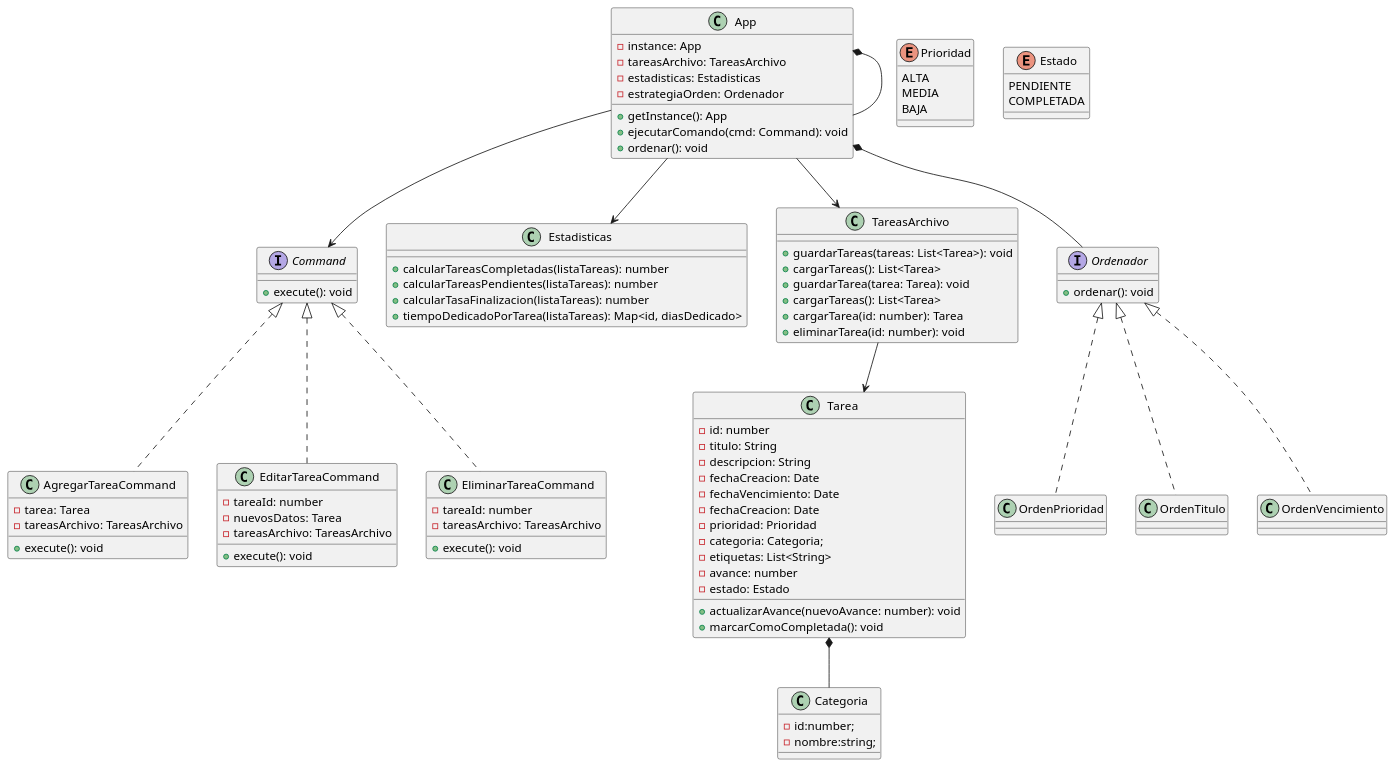
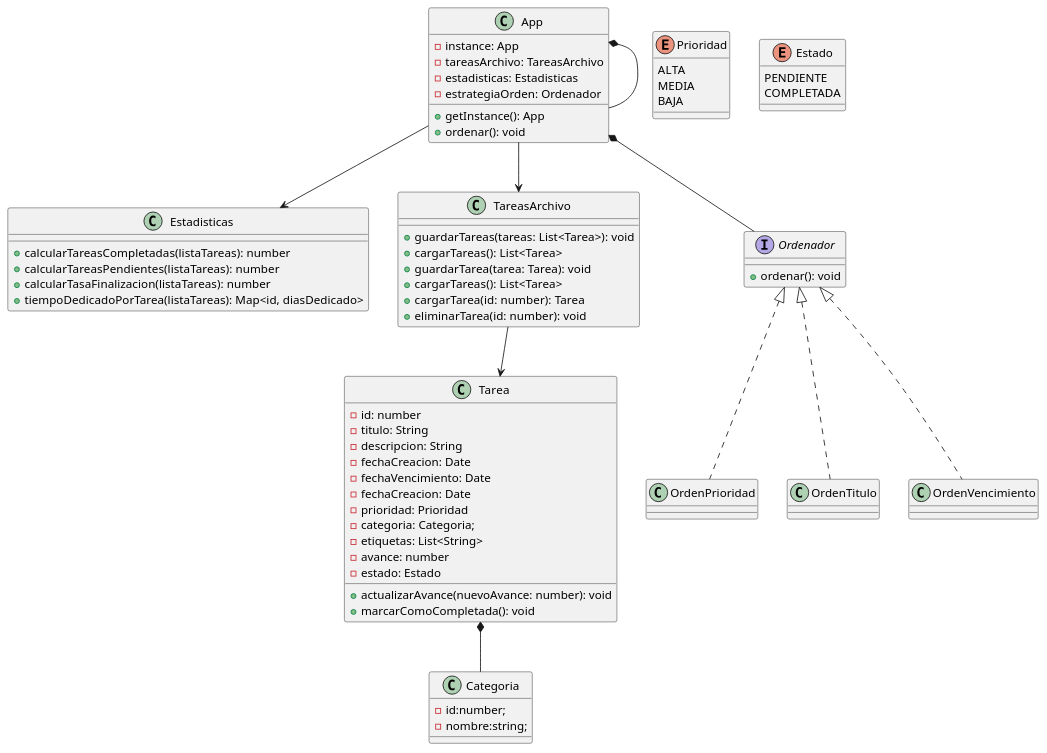
The diagram in docs/diagramaClases.puml (jonimarqu/utn_todo-list), drawn with PlantUML before and after one commit. The commit also changed 6 other files, not shown here.

```diff
--- a/docs/diagramaClases.puml
+++ b/docs/diagramaClases.puml
@@ -1,121 +1,92 @@
 @startuml ToDo
 
 class App {
 	-instance: App
 	-tareasArchivo: TareasArchivo
 	-estadisticas: Estadisticas
 	-estrategiaOrden: Ordenador
 
 	+getInstance(): App
-	+ejecutarComando(cmd: Command): void
 	+ordenar(): void
-}
-
-interface Command {
-	+execute(): void
-}
-
-class AgregarTareaCommand {
-	-tarea: Tarea
-	-tareasArchivo: TareasArchivo
-	+execute(): void
-}
-
-class EditarTareaCommand {
-	-tareaId: number
-	-nuevosDatos: Tarea
-	-tareasArchivo: TareasArchivo
-	+execute(): void
-}
-
-class EliminarTareaCommand {
-	-tareaId: number
-	-tareasArchivo: TareasArchivo
-	+execute(): void
 }
 
 class Tarea {
 	-id: number
 	-titulo: String
 	-descripcion: String
 	-fechaCreacion: Date
 	-fechaVencimiento: Date
 	-fechaCreacion: Date
 	-prioridad: Prioridad
 	-categoria: Categoria;
 	-etiquetas: List<String>
 	-avance: number
 	-estado: Estado
 
 	+actualizarAvance(nuevoAvance: number): void
 	+marcarComoCompletada(): void
 }
 
 enum Prioridad {
 		ALTA
 		MEDIA
 		BAJA
 	}
 
 	enum Estado {
 		PENDIENTE
 		COMPLETADA
 	}
 	class Categoria{
 		-id:number;
 		-nombre:string;
 	}
 	class Estadisticas {
 		+calcularTareasCompletadas(listaTareas): number
 		+calcularTareasPendientes(listaTareas): number
 		+calcularTasaFinalizacion(listaTareas): number
 		+tiempoDedicadoPorTarea(listaTareas): Map<id, diasDedicado>
 	}
 
 	class TareasArchivo {
 		+guardarTareas(tareas: List<Tarea>): void
 		+cargarTareas(): List<Tarea>
 	}
 
 	'uso
 	App --> Estadisticas
 	App --> TareasArchivo
-	App --> Command
 	TareasArchivo --> Tarea
 
 class TareasArchivo {
 	+guardarTarea(tarea: Tarea): void
 	+cargarTareas(): List<Tarea>
 	+cargarTarea(id: number): Tarea
 	+eliminarTarea(id: number): void
 }
 
 interface Ordenador {
 	+ordenar(): void
 }
 
 class OrdenPrioridad {
 }
 
 class OrdenTitulo{
 }
 
 class OrdenVencimiento{
 }
 
 	'composition
 	App *-- App
 	Tarea *-- Categoria
 	App *-- Ordenador
 
 'herencia
-Command <|.. AgregarTareaCommand
-Command <|.. EditarTareaCommand
-Command <|.. EliminarTareaCommand
-
 Ordenador <|.. OrdenPrioridad
 Ordenador <|.. OrdenTitulo
 Ordenador <|.. OrdenVencimiento
 
 
 @enduml
```
